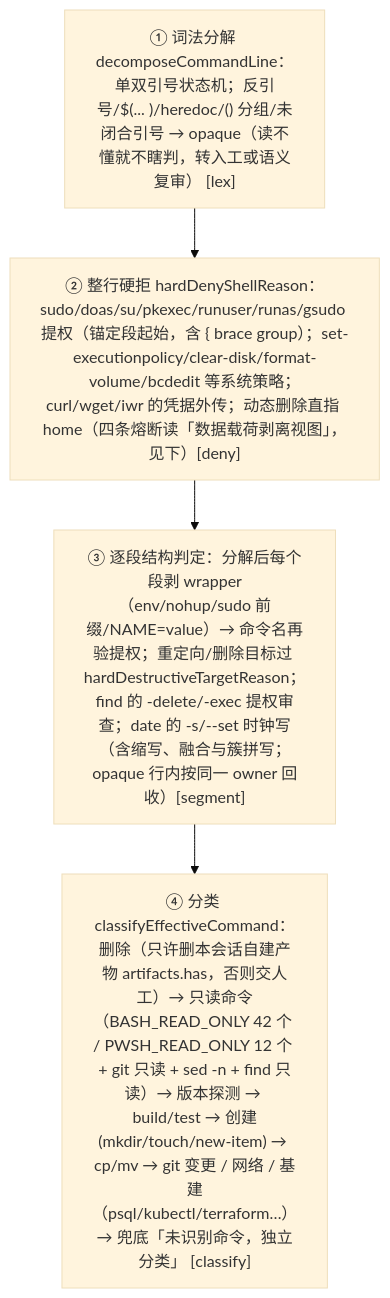
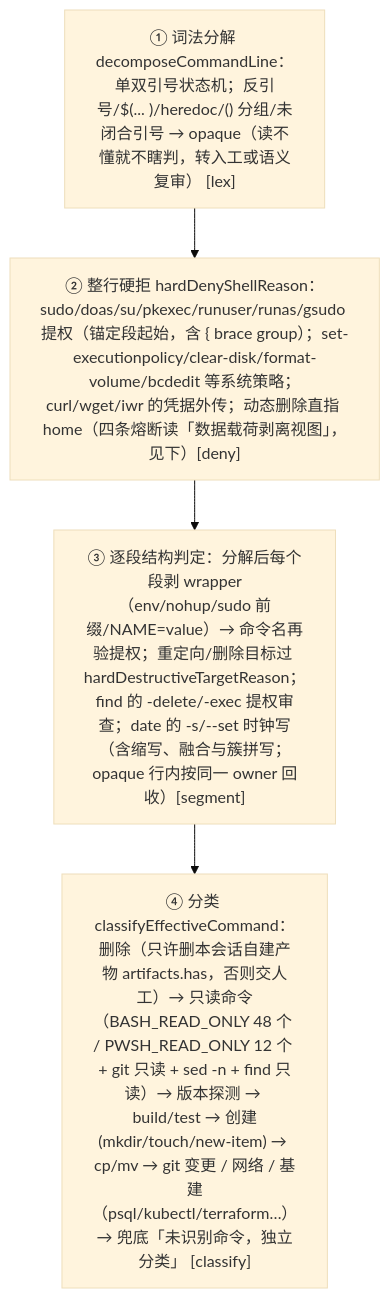
Before and after one commit to cuddly-guacamole/dsh-auto-approval-llm: the second of 3 diagrams in docs/03-static-engine.md, drawn with Mermaid (base theme). The commit also changed other lines of this file and 9 other files, not shown here.

````diff
--- a/docs/03-static-engine.md
+++ b/docs/03-static-engine.md
@@ -92,7 +92,7 @@
 ```mermaid
 flowchart TD
     B1["① 词法分解 decomposeCommandLine：单双引号状态机；反引号/$(... )/heredoc/() 分组/未闭合引号 → opaque（读不懂就不瞎判，转入工或语义复审） [lex]"]
     B1 --> B2["② 整行硬拒 hardDenyShellReason：sudo/doas/su/pkexec/runuser/runas/gsudo 提权（锚定段起始，含 { brace group）；set-executionpolicy/clear-disk/format-volume/bcdedit 等系统策略；curl/wget/iwr 的凭据外传；动态删除直指 home（四条熔断读「数据载荷剥离视图」，见下）[deny]"]
     B2 --> B3["③ 逐段结构判定：分解后每个段剥 wrapper（env/nohup/sudo 前缀/NAME=value）→ 命令名再验提权；重定向/删除目标过 hardDestructiveTargetReason；find 的 -delete/-exec 提权审查；date 的 -s/--set 时钟写（含缩写、融合与簇拼写；opaque 行内按同一 owner 回收）[segment]"]
-    B3 --> B4["④ 分类 classifyEffectiveCommand：删除（只许删本会话自建产物 artifacts.has，否则交人工）→ 只读命令（BASH_READ_ONLY 42 个 / PWSH_READ_ONLY 12 个 + git 只读 + sed -n + find 只读）→ 版本探测 → build/test → 创建(mkdir/touch/new-item) → cp/mv → git 变更 / 网络 / 基建（psql/kubectl/terraform…）→ 兜底「未识别命令，独立分类」 [classify]"]
+    B3 --> B4["④ 分类 classifyEffectiveCommand：删除（只许删本会话自建产物 artifacts.has，否则交人工）→ 只读命令（BASH_READ_ONLY 48 个 / PWSH_READ_ONLY 12 个 + git 只读 + sed -n + find 只读）→ 版本探测 → build/test → 创建(mkdir/touch/new-item) → cp/mv → git 变更 / 网络 / 基建（psql/kubectl/terraform…）→ 兜底「未识别命令，独立分类」 [classify]"]
 ```
````
